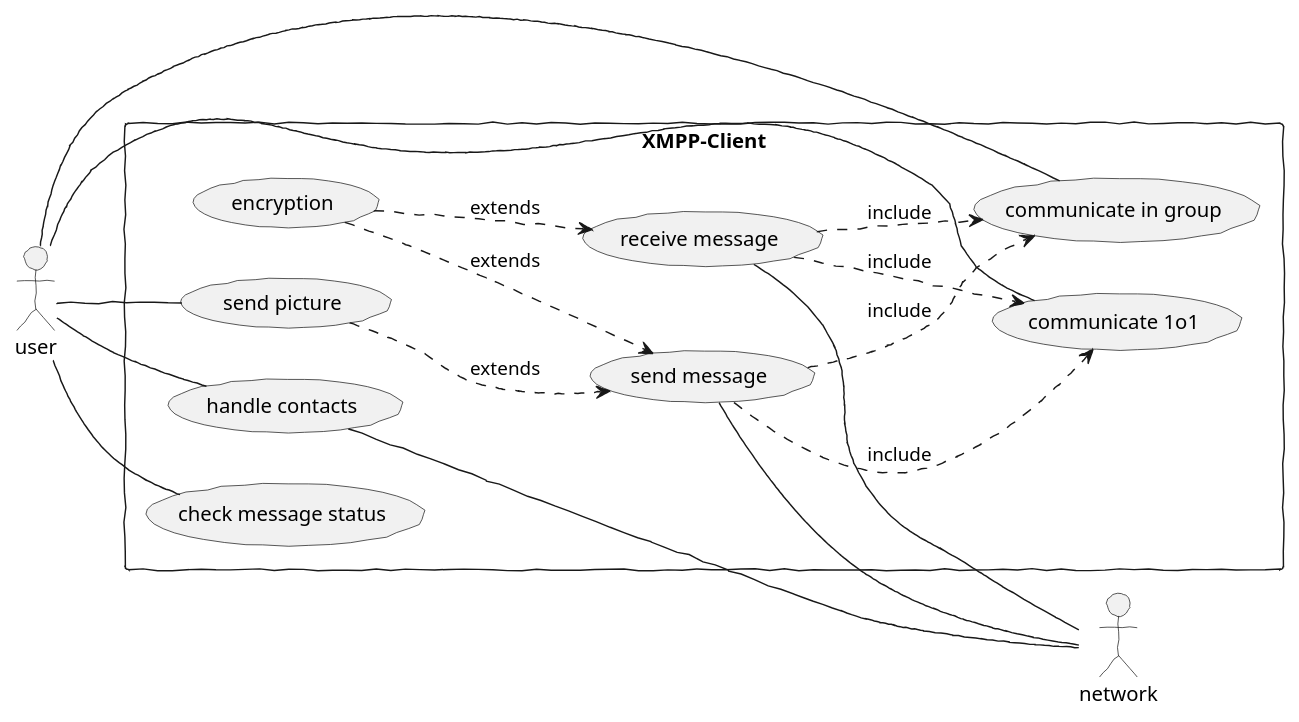
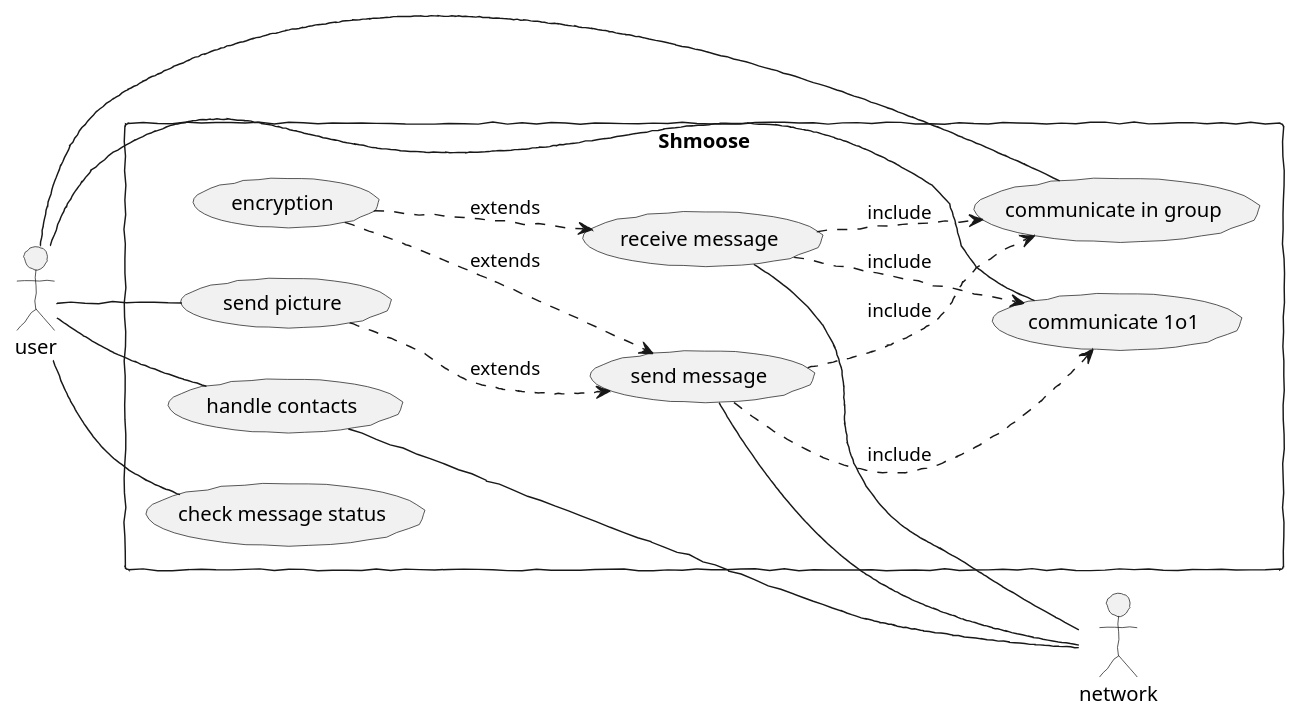
One commit to geobra/harbour-shmoose changed the diagram in doc/architecture/images/use_case.plantuml. Above: the diagram before and after it, drawn with PlantUML. The commit also changed 2 other files, not shown here.

```diff
--- a/doc/architecture/images/use_case.plantuml
+++ b/doc/architecture/images/use_case.plantuml
@@ -1,24 +1,24 @@
 @startuml
 skinparam handwritten true
 left to right direction
 skinparam packageStyle rectangle
 actor user
 actor network
-rectangle XMPP-Client{
+rectangle Shmoose{
   user -- (communicate 1o1)
   user -- (communicate in group)
   user -- (check message status)
   user -- (send picture)
   user -- (handle contacts)
   (send message) ..> (communicate 1o1) : include
   (send message) ..> (communicate in group) : include
   (receive message) ..> (communicate 1o1) : include
   (receive message) ..> (communicate in group) : include
   (encryption) ..> (send message) : extends
   (encryption) ..> (receive message) : extends
   (send picture) ..> (send message) : extends
   (send message) -- network
   (receive message) -- network
   (handle contacts) -- network
 }
 @enduml
```
